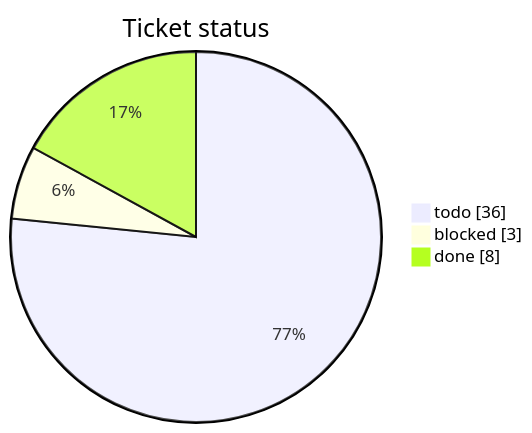
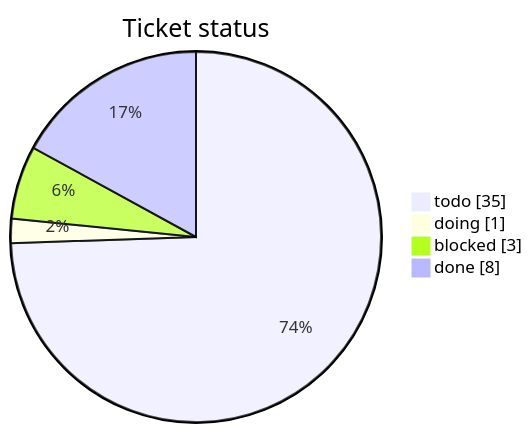
The first of 3 diagrams in tickets/TICKETS.md (mohamed-soubhi/bootlab-esp), drawn with Mermaid before and after one commit. The commit also changed other lines of this file and 1 other file, not shown here.

Commit message:
BL-014 doing: Packaging Zephyr module + IDF component

````diff
--- a/tickets/TICKETS.md
+++ b/tickets/TICKETS.md
@@ -10,6 +10,7 @@
 ```mermaid
 pie showData title Ticket status
-    "todo" : 36
+    "todo" : 35
+    "doing" : 1
     "blocked" : 3
     "done" : 8
 ```
````
